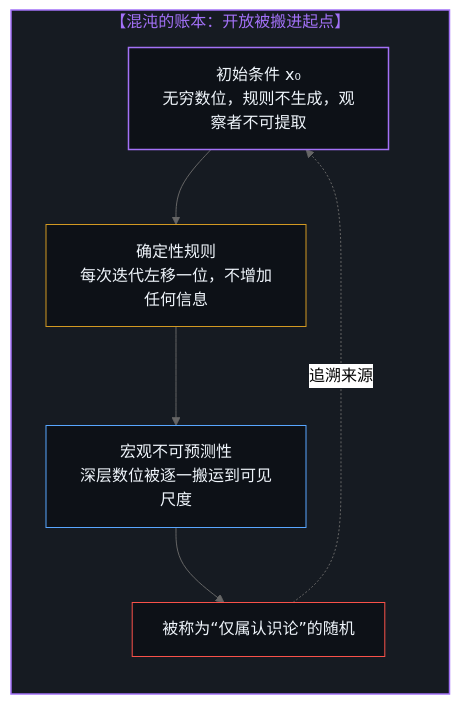
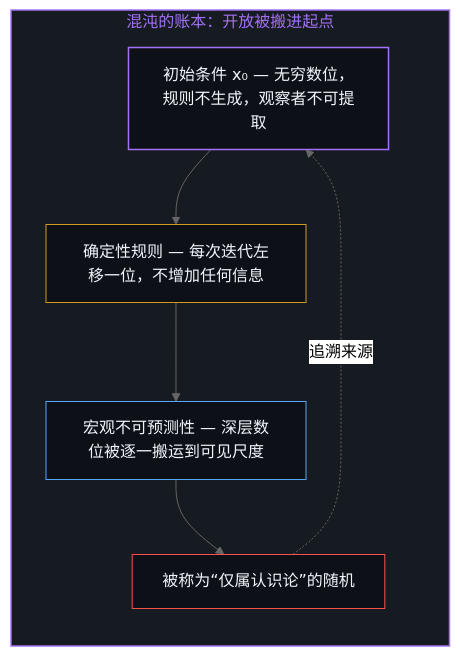
One commit to powerpig99/not-a-toe changed the third of 10 diagrams in content/posts/fixed-by-nothing.md. Above: the diagram before and after it, drawn with Mermaid (neutral theme). The commit also changed other lines of this file and 3 other files, not shown here.

````diff
--- a/content/posts/fixed-by-nothing.md
+++ b/content/posts/fixed-by-nothing.md
@@ -79,15 +79,15 @@
 ```mermaid
-graph TD
-    subgraph S_ChaosLedger ["【混沌的账本：开放被搬进起点】"]
+flowchart TD
+    subgraph S_ChaosLedger ["混沌的账本：开放被搬进起点"]
         direction TB
-        K1["初始条件 x₀<br/>无穷数位，规则不生成，观察者不可提取"] --> K2["确定性规则<br/>每次迭代左移一位，不增加任何信息"]
-        K2 --> K3["宏观不可预测性<br/>深层数位被逐一搬运到可见尺度"]
+        K1["初始条件 x₀ — 无穷数位，规则不生成，观察者不可提取"] --> K2["确定性规则 — 每次迭代左移一位，不增加任何信息"]
+        K2 --> K3["宏观不可预测性 — 深层数位被逐一搬运到可见尺度"]
         K3 --> K4["被称为“仅属认识论”的随机"]
         K4 -. "追溯来源" .-> K1
     end
     style S_ChaosLedger fill:#161b22,stroke:#a371f7,stroke-width:1.5px,color:#a371f7
     style K1 fill:#0d1117,stroke:#a371f7,stroke-width:1.5px,color:#f0f6fc
     style K2 fill:#0d1117,stroke:#d29922,stroke-width:1px,color:#f0f6fc
     style K3 fill:#0d1117,stroke:#58a6ff,stroke-width:1px,color:#f0f6fc
     style K4 fill:#0d1117,stroke:#f85149,stroke-width:1px,color:#f0f6fc
 ```
````
